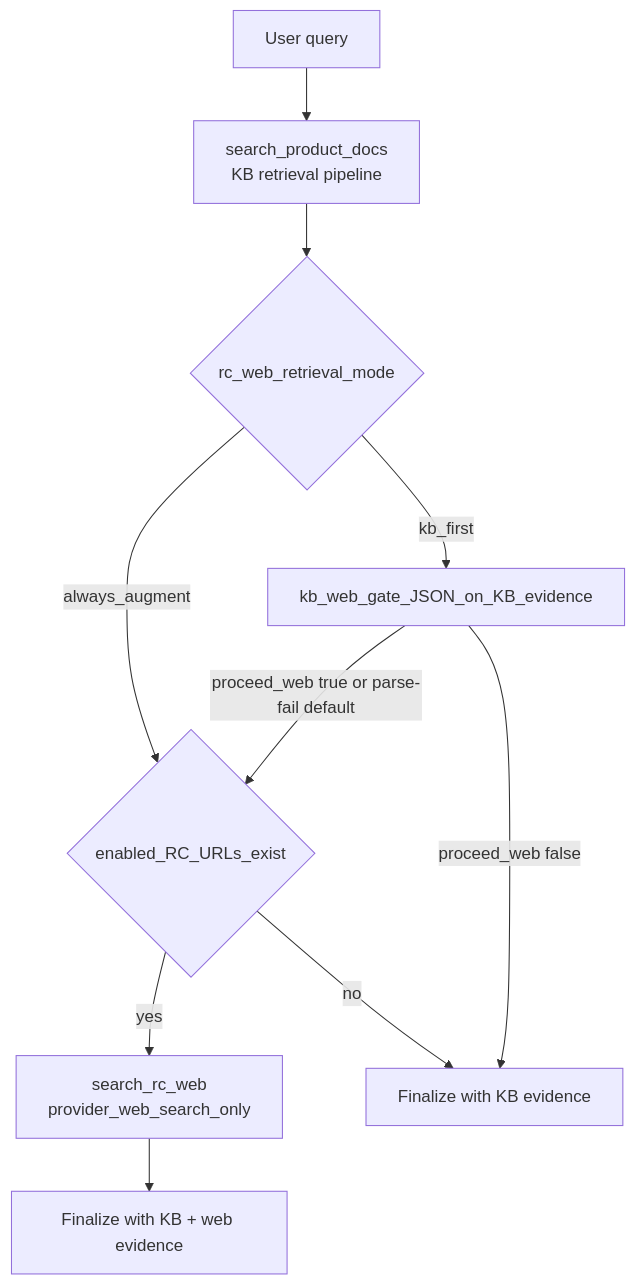
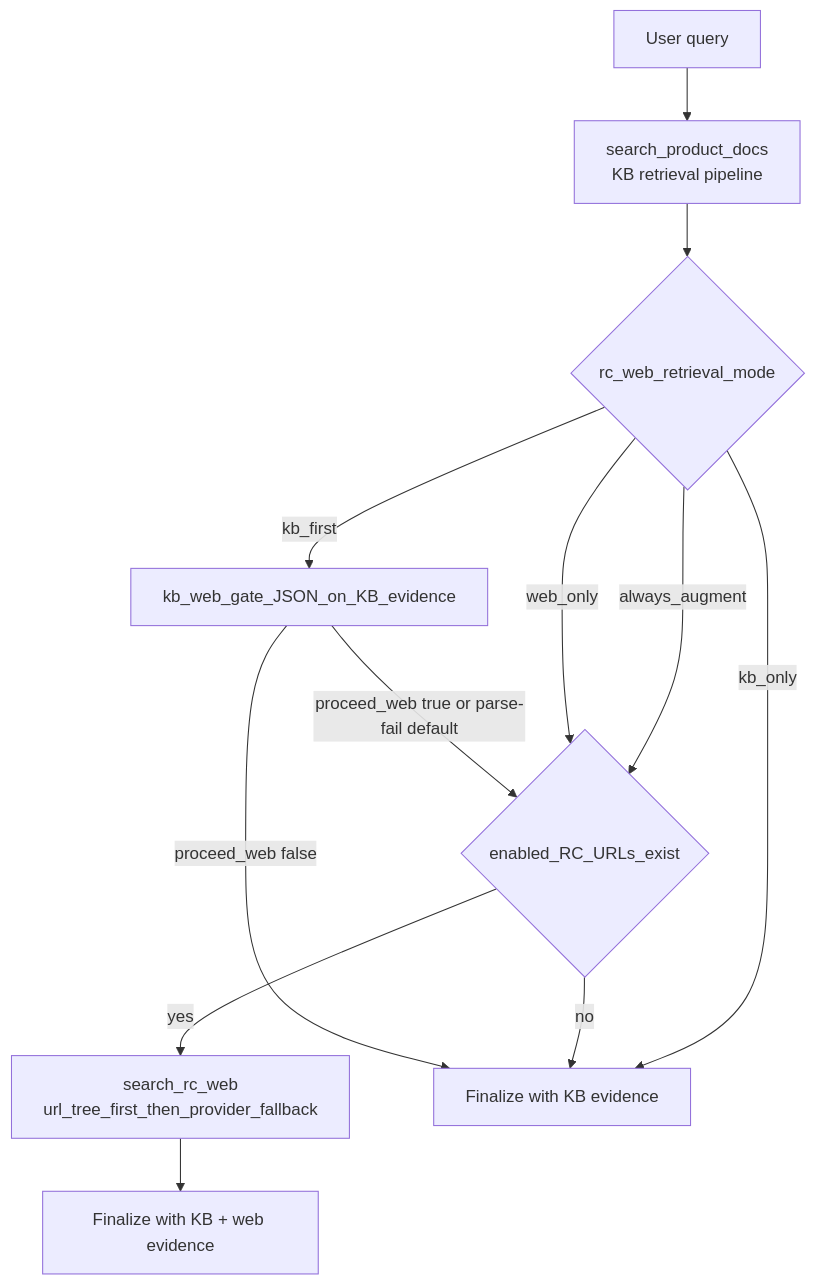
The second of 3 diagrams in docs/ARCHITECTURE.md (sangyoon-pak/Sova_CSM_Radar_247), drawn with Mermaid before and after one commit. The commit also changed other lines of this file and 16 other files, not shown here.

First line of the commit message:
Implement URL-tree-driven RC web retrieval and query-to-URL matching.

````diff
--- a/docs/ARCHITECTURE.md
+++ b/docs/ARCHITECTURE.md
@@ -101,21 +103,23 @@
 ```mermaid
 %%{init: {"themeCSS": ".edgePath path{stroke-width:3px !important;} .flowchart-link{stroke-width:3px !important;} .edge-pattern-dotted{stroke-width:3px !important;} .edge-pattern-dashed{stroke-width:3px !important;}"}}%%
 flowchart TB
   Q[User query]
   KB[search_product_docs<br/>KB retrieval pipeline]
   MODE{rc_web_retrieval_mode}
   RCURL{enabled_RC_URLs_exist}
   GATE[kb_web_gate_JSON_on_KB_evidence]
-  WEB[search_rc_web<br/>provider_web_search_only]
+  WEB[search_rc_web<br/>url_tree_first_then_provider_fallback]
   OUTKB[Finalize with KB evidence]
   OUTBOTH[Finalize with KB + web evidence]
 
   Q --> KB --> MODE
   MODE -->|always_augment| RCURL
   MODE -->|kb_first| GATE
+  MODE -->|kb_only| OUTKB
+  MODE -->|web_only| RCURL
   RCURL -->|yes| WEB
   RCURL -->|no| OUTKB
   GATE -->|proceed_web true or parse-fail default| RCURL
   GATE -->|proceed_web false| OUTKB
   WEB --> OUTBOTH
 ```
````
